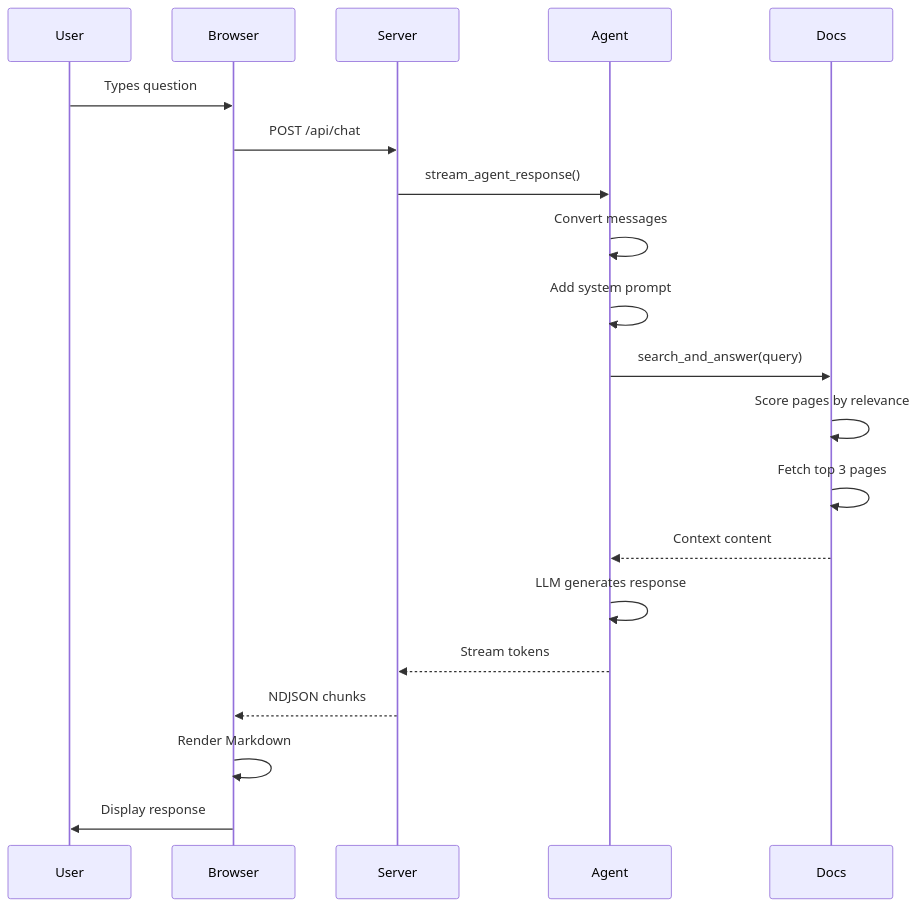
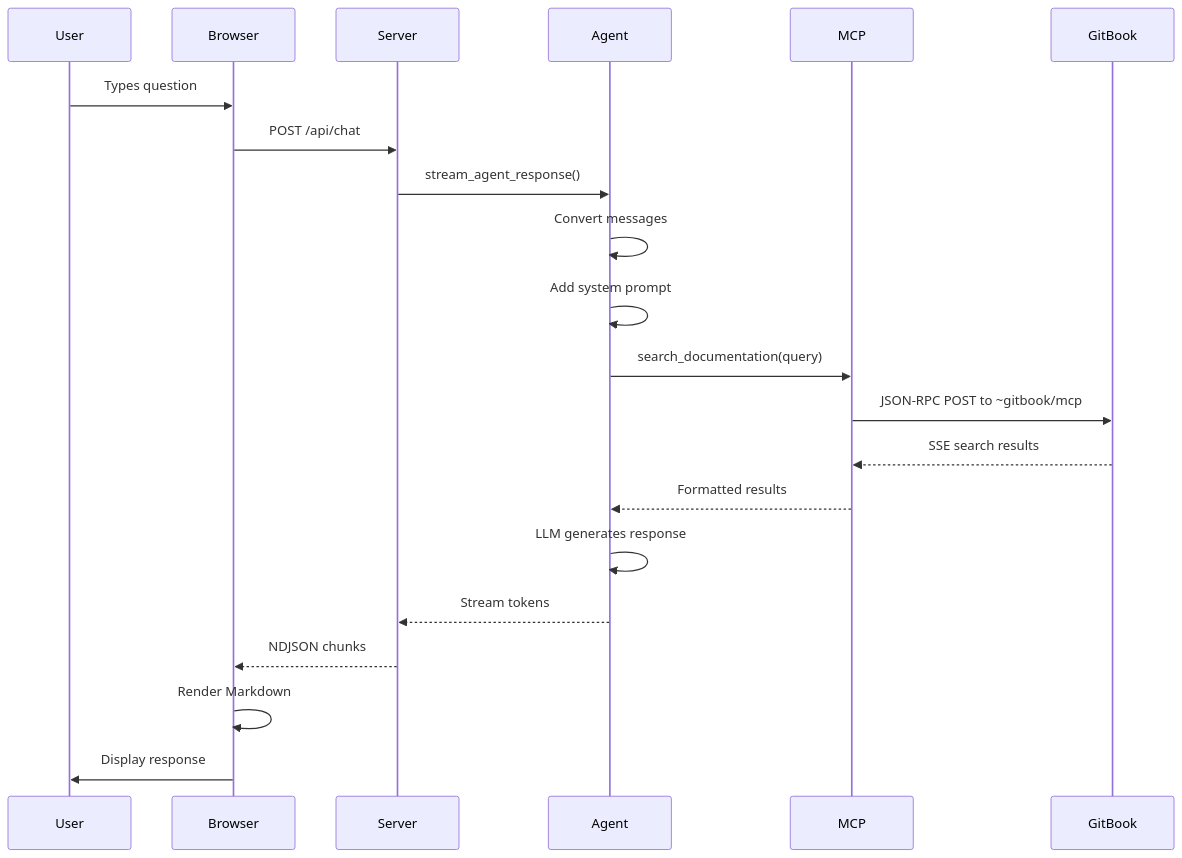
Before and after one commit to XcavateBlockchain/xcavate_webagent: the diagram in docs/architecture.md, drawn with Mermaid. The commit also changed other lines of this file and 15 other files, not shown here.

Commit message:
Moved from site parser tool to gitbook MCP

````diff
--- a/docs/architecture.md
+++ b/docs/architecture.md
@@ -176,23 +170,24 @@
 ```mermaid
 sequenceDiagram
     participant User
     participant Browser
     participant Server
     participant Agent
-    participant Docs
+    participant MCP
+    participant GitBook
 
     User->>Browser: Types question
     Browser->>Server: POST /api/chat
     Server->>Agent: stream_agent_response()
     Agent->>Agent: Convert messages
     Agent->>Agent: Add system prompt
-    Agent->>Docs: search_and_answer(query)
-    Docs->>Docs: Score pages by relevance
-    Docs->>Docs: Fetch top 3 pages
-    Docs-->>Agent: Context content
+    Agent->>MCP: search_documentation(query)
+    MCP->>GitBook: JSON-RPC POST to ~gitbook/mcp
+    GitBook-->>MCP: SSE search results
+    MCP-->>Agent: Formatted results
     Agent->>Agent: LLM generates response
     Agent-->>Server: Stream tokens
     Server-->>Browser: NDJSON chunks
     Browser->>Browser: Render Markdown
     Browser->>User: Display response
 ```
````
